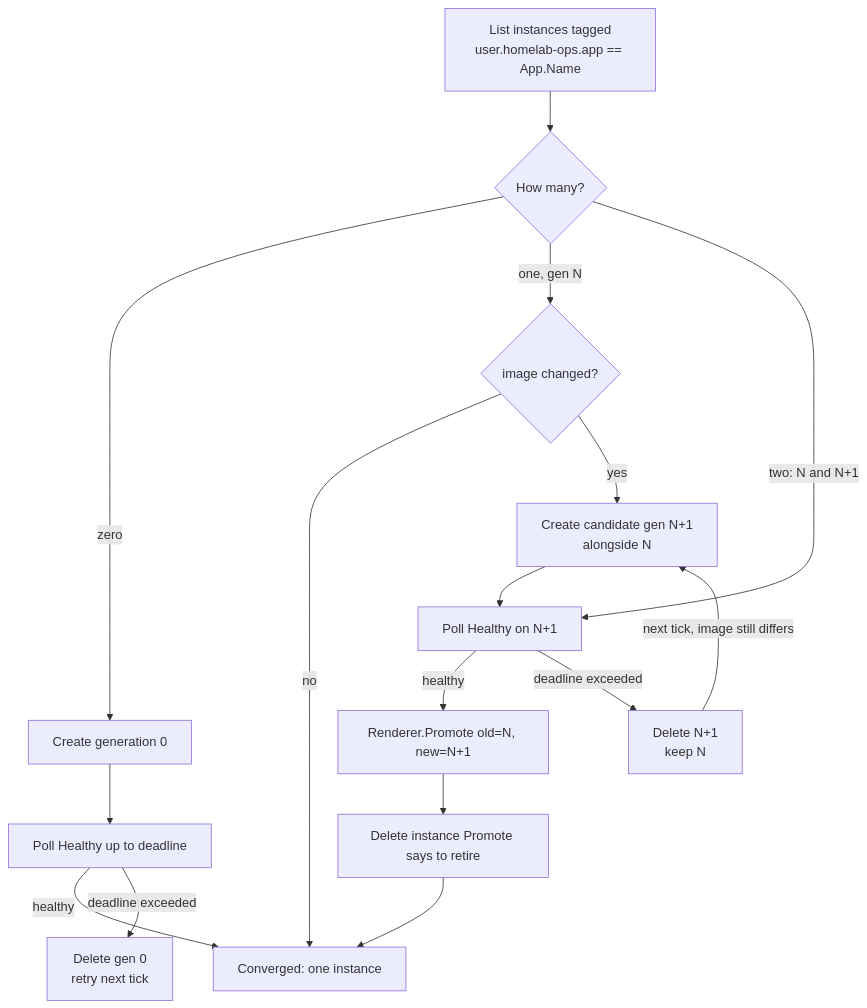
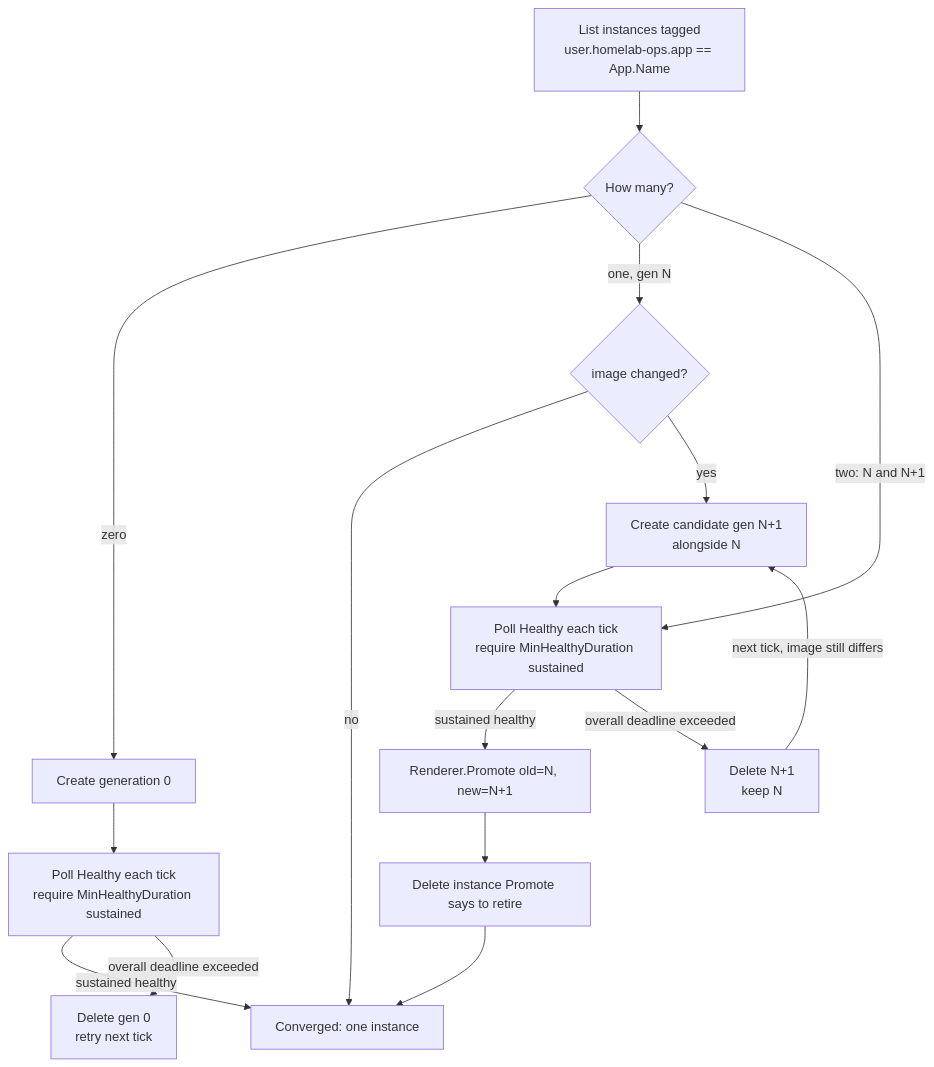
One commit to ehharvey/homelab-ops changed the first of 2 diagrams in docs/AppManager.md. Above: the diagram before and after it, drawn with Mermaid. The commit also changed other lines of this file and 4 other files, not shown here.

````diff
--- a/docs/AppManager.md
+++ b/docs/AppManager.md
@@ -52,18 +99,18 @@
 ```mermaid
 flowchart TD
     A[List instances tagged<br/>user.homelab-ops.app == App.Name] --> B{How many?}
     B -->|zero| C[Create generation 0]
-    C --> D[Poll Healthy up to deadline]
-    D -->|healthy| E[Converged: one instance]
-    D -->|deadline exceeded| F[Delete gen 0<br/>retry next tick]
+    C --> D[Poll Healthy each tick<br/>require MinHealthyDuration sustained]
+    D -->|sustained healthy| E[Converged: one instance]
+    D -->|overall deadline exceeded| F[Delete gen 0<br/>retry next tick]
     B -->|one, gen N| G{image changed?}
     G -->|no| E
     G -->|yes| H[Create candidate gen N+1<br/>alongside N]
-    H --> I[Poll Healthy on N+1]
+    H --> I[Poll Healthy each tick<br/>require MinHealthyDuration sustained]
     B -->|two: N and N+1| I
-    I -->|healthy| J[Renderer.Promote old=N, new=N+1]
+    I -->|sustained healthy| J[Renderer.Promote old=N, new=N+1]
     J --> K[Delete instance Promote says to retire]
     K --> E
-    I -->|deadline exceeded| L[Delete N+1<br/>keep N]
+    I -->|overall deadline exceeded| L[Delete N+1<br/>keep N]
     L -->|next tick, image still differs| H
 ```
````
